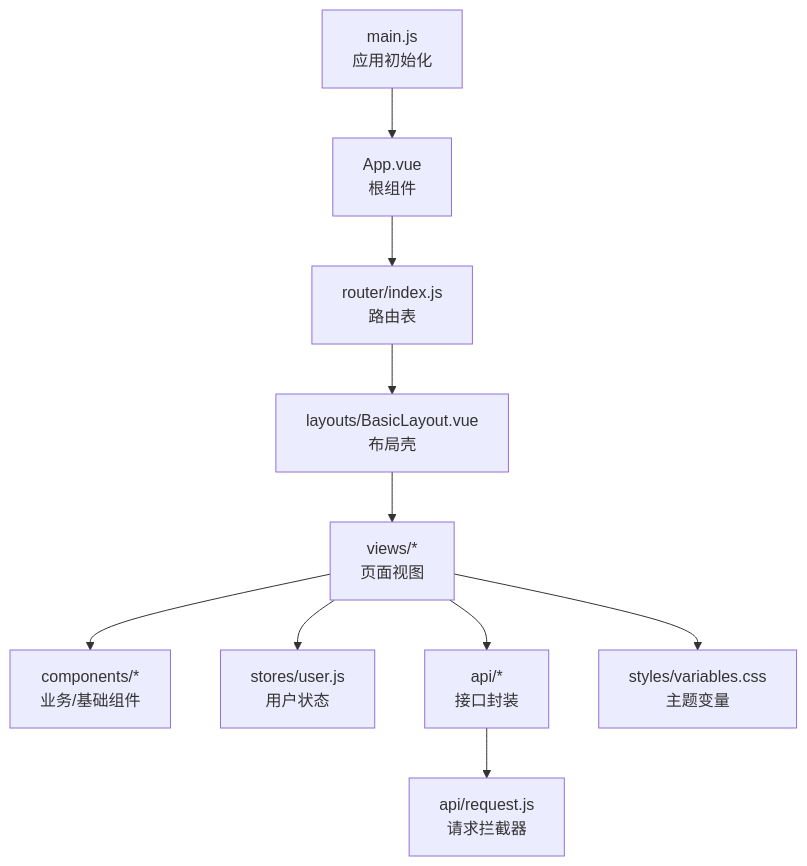
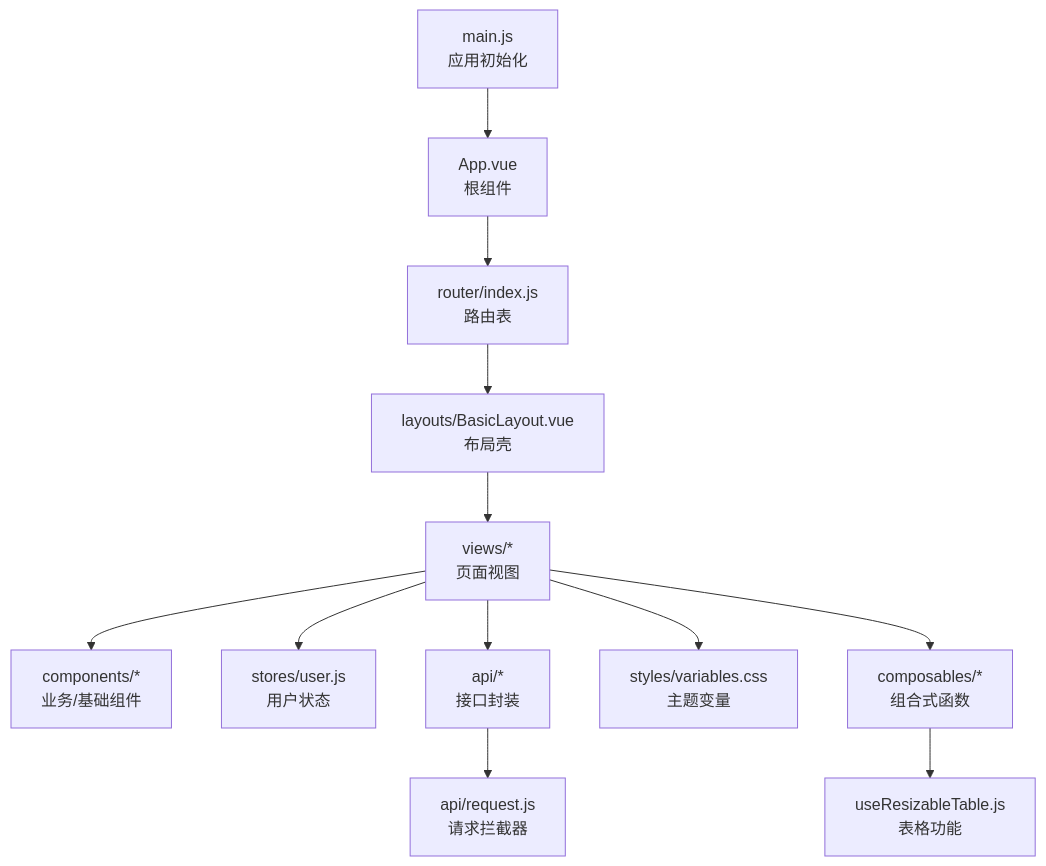
One commit to liming-lihaini/workflow changed the first of 6 diagrams in .qoder/repowiki/zh/content/用户界面设计/组件设计规范.md. Above: the diagram before and after it, drawn with Mermaid. The commit also changed other lines of this file and 25 other files, not shown here.

````diff
--- a/.qoder/repowiki/zh/content/用户界面设计/组件设计规范.md
+++ b/.qoder/repowiki/zh/content/用户界面设计/组件设计规范.md
@@ -44,12 +54,14 @@
 ```mermaid
 graph TB
 A["main.js<br/>应用初始化"] --> B["App.vue<br/>根组件"]
 B --> C["router/index.js<br/>路由表"]
 C --> D["layouts/BasicLayout.vue<br/>布局壳"]
 D --> E["views/*<br/>页面视图"]
 E --> F["components/*<br/>业务/基础组件"]
 E --> G["stores/user.js<br/>用户状态"]
 E --> H["api/*<br/>接口封装"]
 H --> I["api/request.js<br/>请求拦截器"]
 E --> J["styles/variables.css<br/>主题变量"]
+E --> K["composables/*<br/>组合式函数"]
+K --> L["useResizableTable.js<br/>表格功能"]
 ```
````
